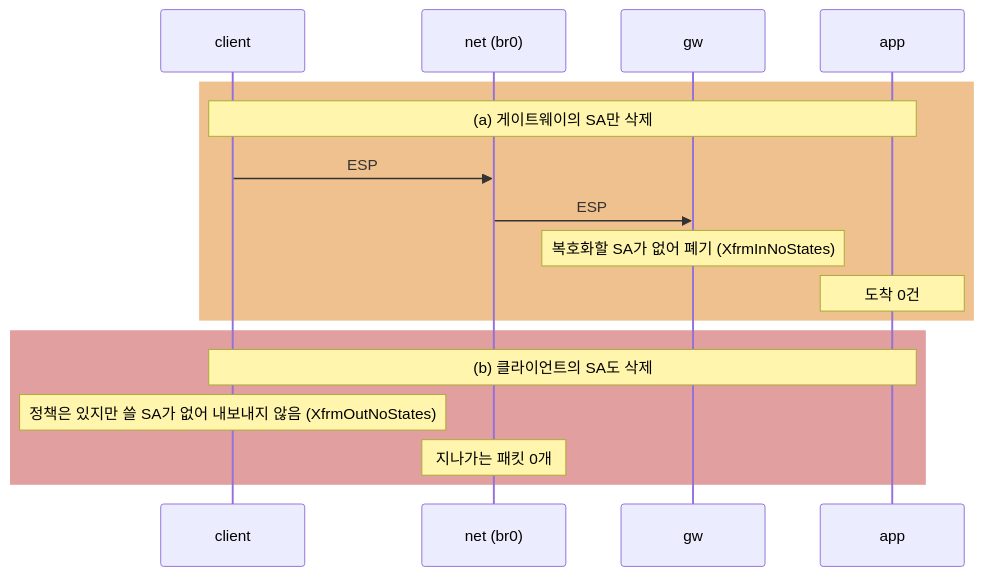
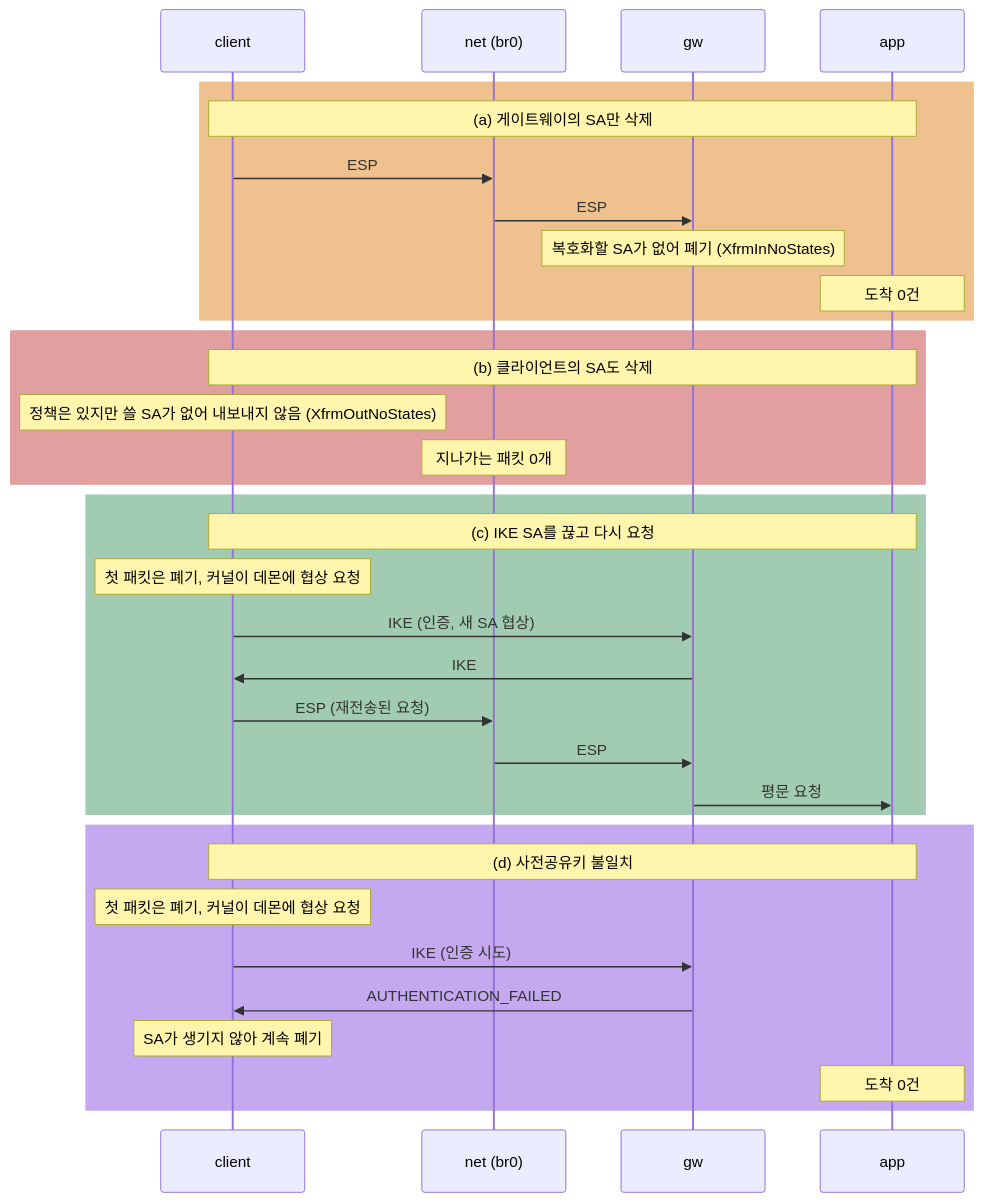
Before and after one commit to loquemedalagana/ipsec-gateway-lab: the third of 4 diagrams in README.md, drawn with Mermaid. The commit also changed other lines of this file, not shown here.

````diff
--- a/README.md
+++ b/README.md
@@ -151,19 +280,36 @@
 ```mermaid
 sequenceDiagram
   participant C as client
   participant N as net (br0)
   participant G as gw
   participant A as app
   rect rgba(217, 119, 6, 0.45)
     Note over C,A: (a) 게이트웨이의 SA만 삭제
     C->>N: ESP
     N->>G: ESP
     Note over G: 복호화할 SA가 없어 폐기 (XfrmInNoStates)
     Note over A: 도착 0건
   end
   rect rgba(185, 28, 28, 0.42)
     Note over C,A: (b) 클라이언트의 SA도 삭제
     Note over C: 정책은 있지만 쓸 SA가 없어 내보내지 않음 (XfrmOutNoStates)
     Note over N: 지나가는 패킷 0개
   end
+  rect rgba(21, 128, 61, 0.40)
+    Note over C,A: (c) IKE SA를 끊고 다시 요청
+    Note over C: 첫 패킷은 폐기, 커널이 데몬에 협상 요청
+    C->>G: IKE (인증, 새 SA 협상)
+    G->>C: IKE
+    C->>N: ESP (재전송된 요청)
+    N->>G: ESP
+    G->>A: 평문 요청
+  end
+  rect rgba(109, 40, 217, 0.40)
+    Note over C,A: (d) 사전공유키 불일치
+    Note over C: 첫 패킷은 폐기, 커널이 데몬에 협상 요청
+    C->>G: IKE (인증 시도)
+    G->>C: AUTHENTICATION_FAILED
+    Note over C: SA가 생기지 않아 계속 폐기
+    Note over A: 도착 0건
+  end
 ```
````
